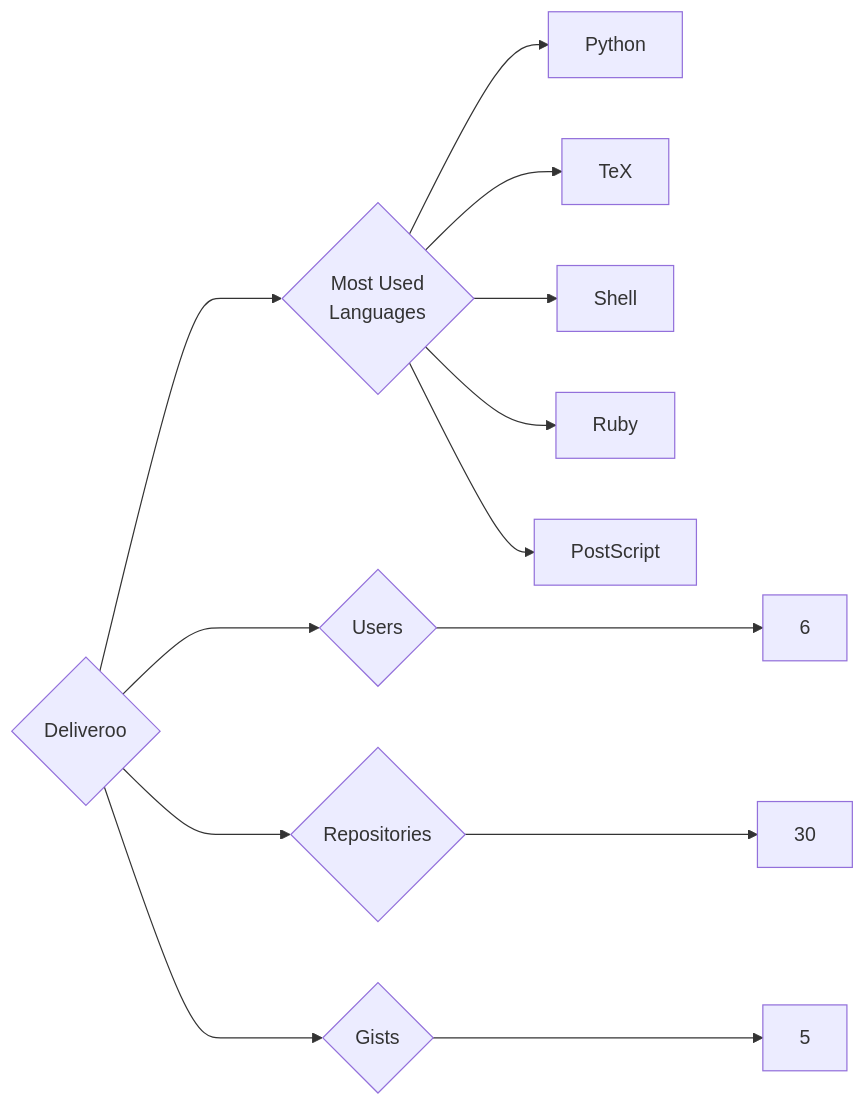
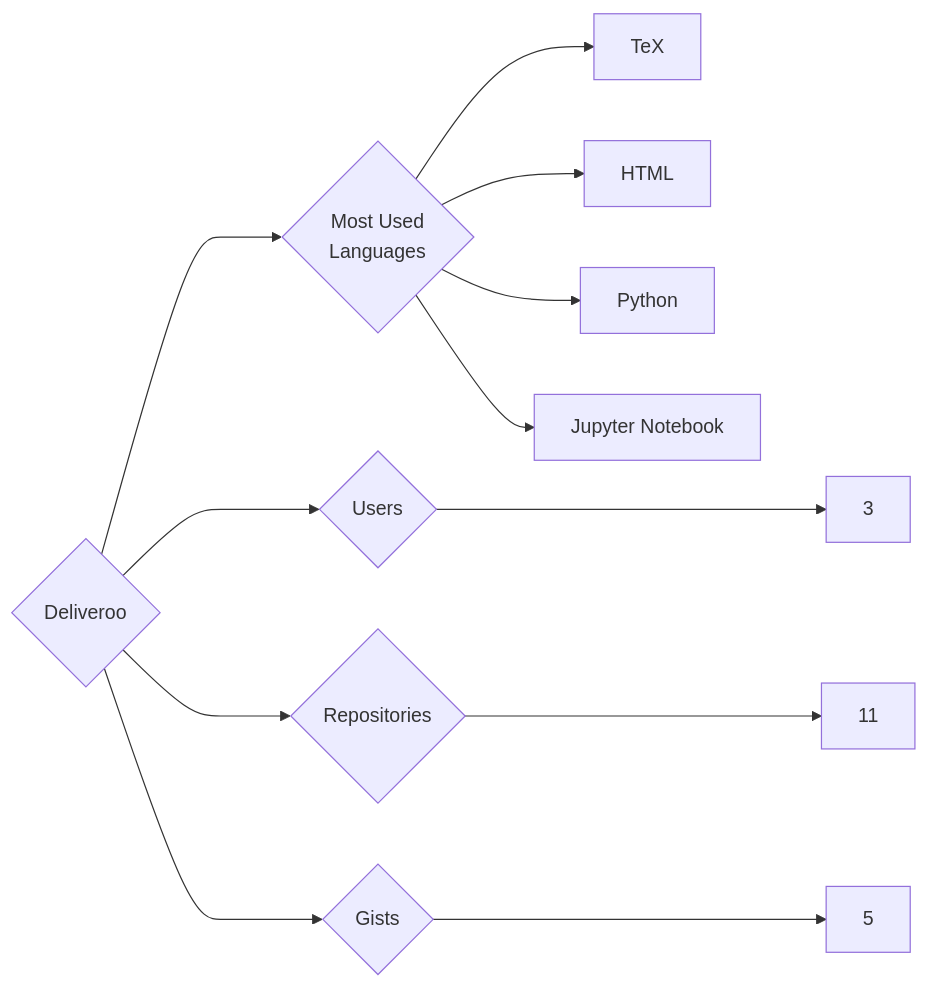
One commit to trickest/insiders changed the diagram in targets/Deliveroo/README.md. Above: the diagram before and after it, drawn with Mermaid. The commit also changed 1170 other files, not shown here.

````diff
--- a/targets/Deliveroo/README.md
+++ b/targets/Deliveroo/README.md
@@ -3,13 +3,12 @@
 ```mermaid
 graph LR
 COMPANY_NAME{Deliveroo}
-COMPANY_NAME ---> U{Users} ---> UN[6]
-COMPANY_NAME ---> R{Repositories} ---> RN[30]
+COMPANY_NAME ---> U{Users} ---> UN[3]
+COMPANY_NAME ---> R{Repositories} ---> RN[11]
 COMPANY_NAME ---> G{Gists} ---> GN[5]
 COMPANY_NAME ---> ML{Most Used<br>Languages}
+ML --> TeX[TeX]
+ML --> HTML[HTML]
 ML --> Python[Python]
-ML --> TeX[TeX]
-ML --> Shell[Shell]
-ML --> Ruby[Ruby]
-ML --> PostScript[PostScript]
+ML --> Jupyter_Notebook[Jupyter Notebook]
 ```
````
